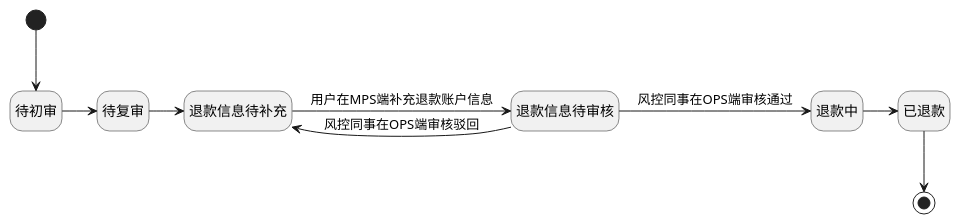
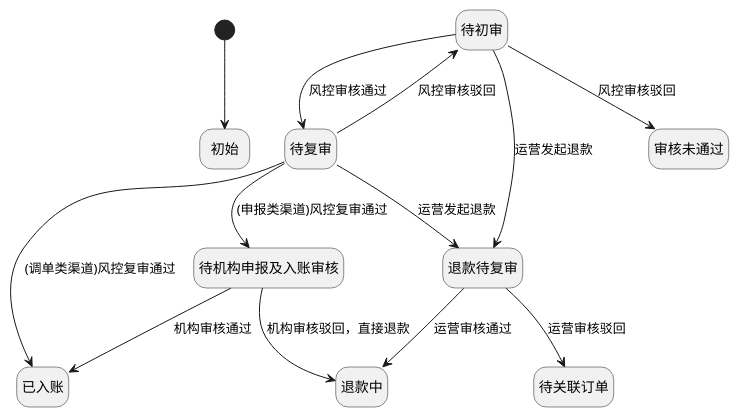
One commit to liucong920914/PEIKA changed the diagram in puml/退款流程新增订单状态变化.puml. Above: the diagram before and after it, drawn with PlantUML. The commit also changed 15 other files, not shown here.

```diff
--- a/puml/退款流程新增订单状态变化.puml
+++ b/puml/退款流程新增订单状态变化.puml
@@ -2,21 +2,46 @@
 @startuml 退款流程新增订单状态变化
 
 hide empty description
 
-[*] --> 待初审
+[*] --> 初始
 
-待初审 -> 待复审
+待初审 --> 待复审 : 风控审核通过
 
-待复审 -> 退款信息待补充
+待初审 --> 退款待复审 : 运营发起退款
 
-退款信息待补充 -> 退款信息待审核: 用户在MPS端补充退款账户信息
+待初审 --> 审核未通过: 风控审核驳回
 
-退款信息待审核 -> 退款信息待补充: 风控同事在OPS端审核驳回
+待复审 --> 待初审 : 风控审核驳回
 
-退款信息待审核 -> 退款中: 风控同事在OPS端审核通过
+待复审 --> 待机构申报及入账审核 : (申报类渠道)风控复审通过
 
-退款中 -> 已退款
+待复审 --> 已入账 : (调单类渠道)风控复审通过
 
-已退款 --> [*]
+待复审 --> 退款待复审 : 运营发起退款
+
+退款待复审 --> 待关联订单 : 运营审核驳回
+
+退款待复审 --> 退款中 : 运营审核通过
+
+待机构申报及入账审核 --> 已入账 : 机构审核通过
+
+待机构申报及入账审核 --> 退款中 : 机构审核驳回，直接退款
+
+' [*] --> 待退款
+
+' 待退款 -down-> 退款待复审
+
+' 退款待复审 --> 退款中
+
+' state 退款中 {
+'     退款中--> 退款信息待补充
+'     退款信息待补充 --> 退款信息待审核: 用户在MPS端补充退款账户信息
+'     退款信息待审核 --> 退款信息待补充: 风控同事在OPS端审核驳回
+'     退款信息待审核 --> 退款中: 风控同事在OPS端审核通过
+' }
+
+' 退款中 --> 已退款
+
+' 已退款 --> [*]
 
 @enduml
```
